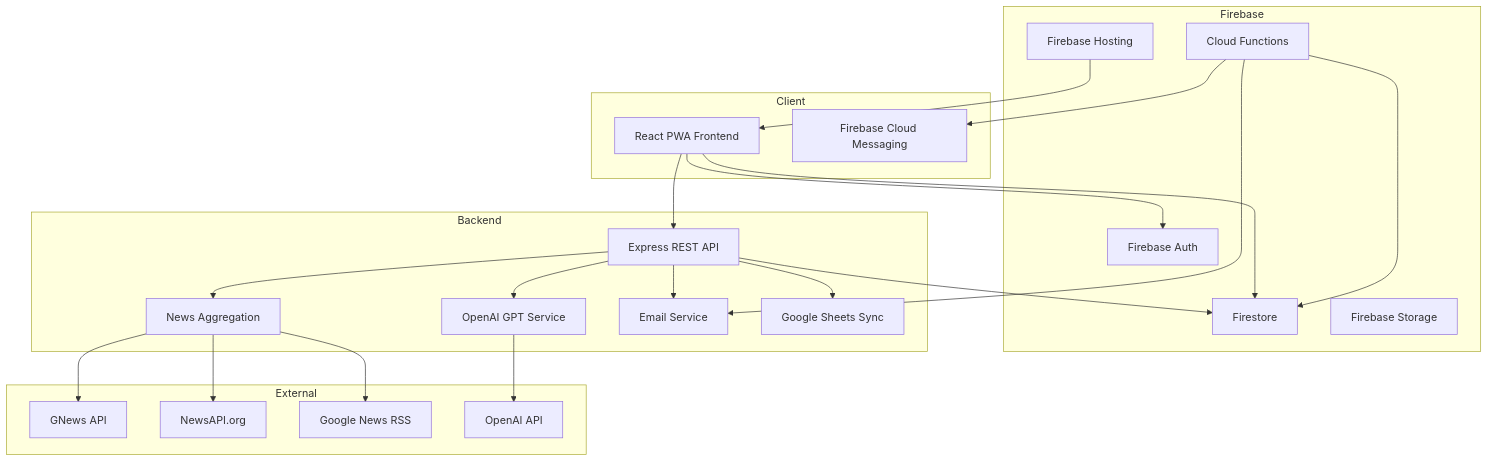
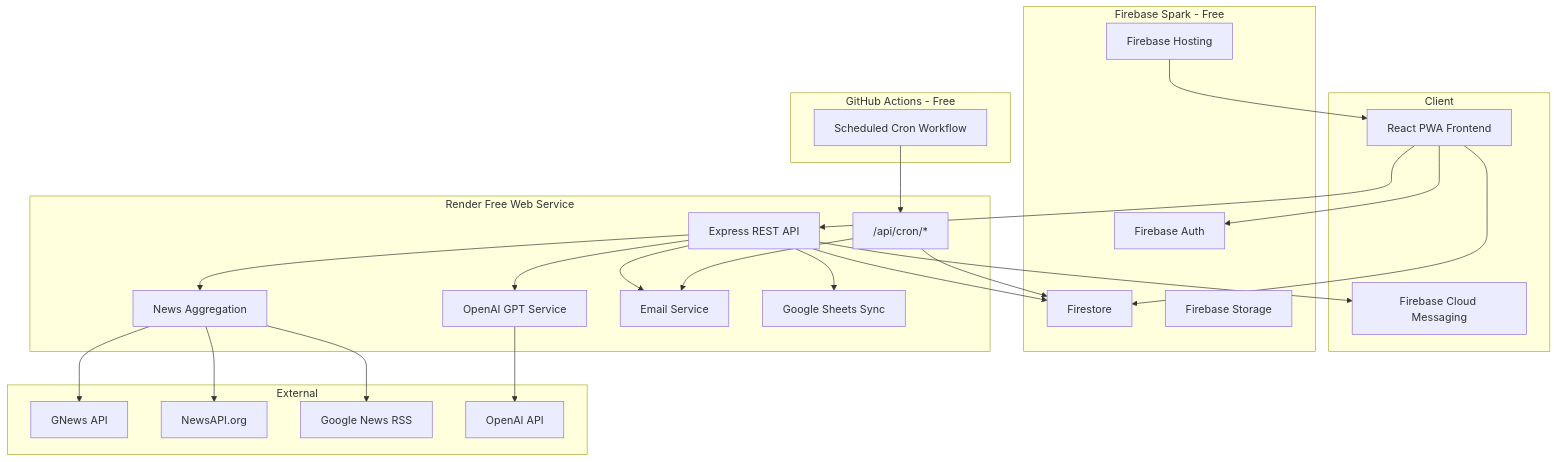
Before and after one commit to LikithChowdary2001/nexora: the diagram in docs/ARCHITECTURE.md, drawn with Mermaid. The commit also changed other lines of this file and 27 other files, not shown here.

Commit message:
Migrate backend from Firebase Functions to Render

````diff
--- a/docs/ARCHITECTURE.md
+++ b/docs/ARCHITECTURE.md
@@ -5,47 +5,52 @@
 ```mermaid
 graph TB
     subgraph Client
         PWA[React PWA Frontend]
         FCM[Firebase Cloud Messaging]
     end
 
-    subgraph Firebase
+    subgraph Firebase_Spark[Firebase Spark - Free]
         Auth[Firebase Auth]
         FS[Firestore]
         Storage[Firebase Storage]
         Hosting[Firebase Hosting]
-        CF[Cloud Functions]
     end
 
-    subgraph Backend
+    subgraph Render_Free[Render Free Web Service]
         API[Express REST API]
         AI[OpenAI GPT Service]
         News[News Aggregation]
         Email[Email Service]
         Sheets[Google Sheets Sync]
+        CronEndpoints["/api/cron/*"]
+    end
+
+    subgraph GitHub_Actions[GitHub Actions - Free]
+        CronScheduler[Scheduled Cron Workflow]
     end
 
     subgraph External
         GNews[GNews API]
         NewsAPI[NewsAPI.org]
         RSS[Google News RSS]
         OpenAI[OpenAI API]
     end
 
     PWA --> Auth
     PWA --> API
     PWA --> FS
+    Hosting --> PWA
     API --> FS
     API --> AI
     API --> News
     API --> Email
     API --> Sheets
     News --> GNews
     News --> NewsAPI
     News --> RSS
     AI --> OpenAI
-    CF --> FS
-    CF --> Email
-    CF --> FCM
-    Hosting --> PWA
+    API --> FCM
+    CronScheduler --> CronEndpoints
+    CronEndpoints --> FS
+    CronEndpoints --> Email
 ```
````
